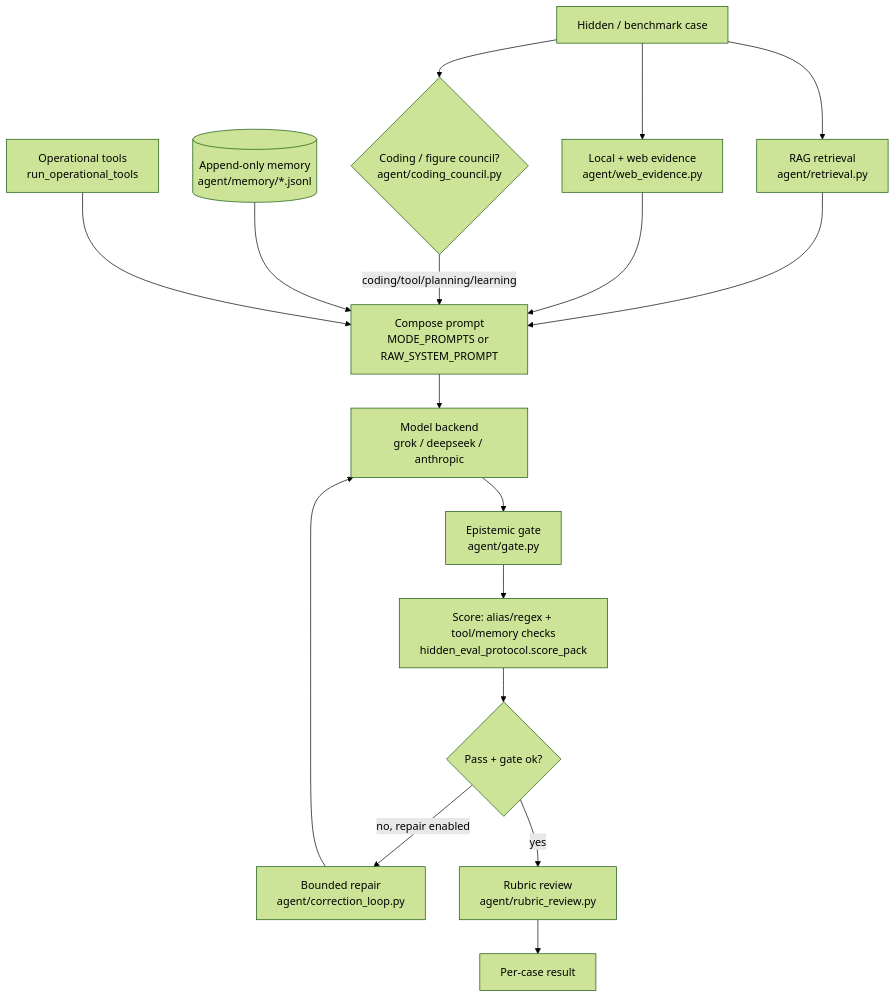
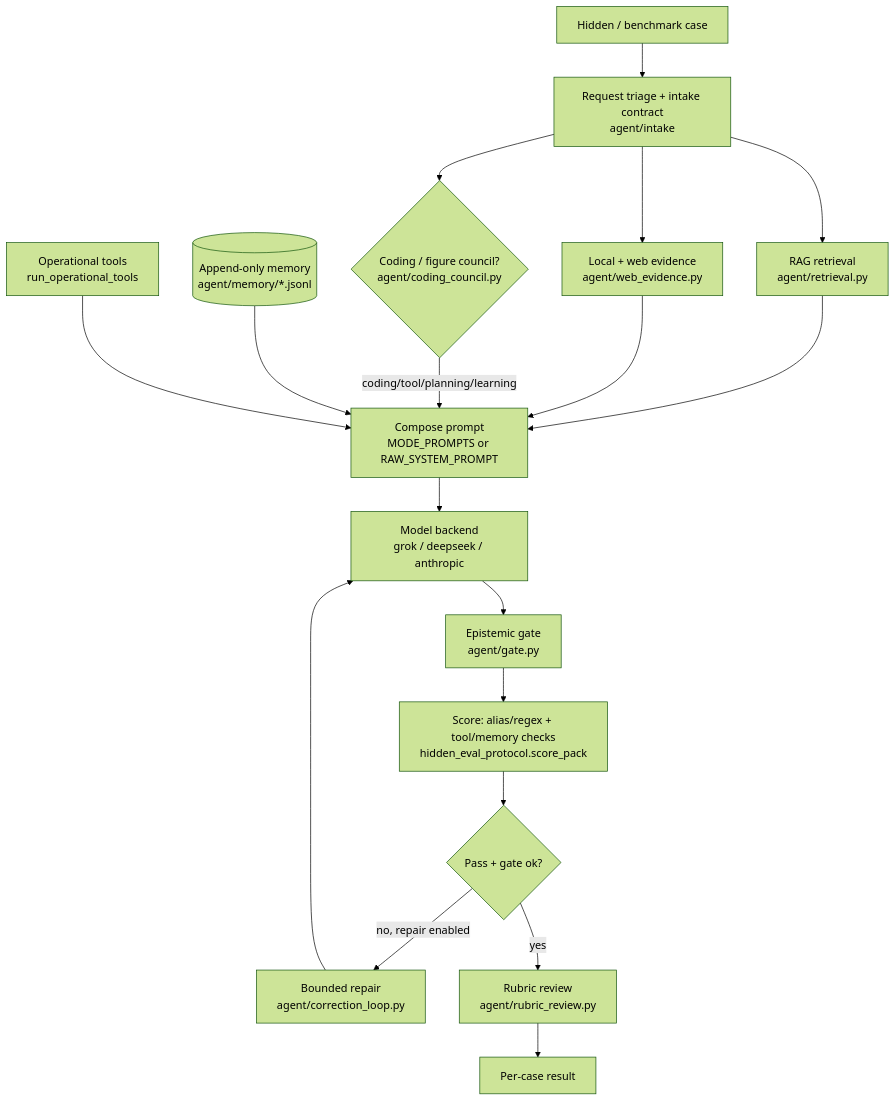
One commit to tomyimkc/sophia-agi changed the first of 2 diagrams in docs/09-Agent/Sophia-Architecture.md. Above: the diagram before and after it, drawn with Mermaid (forest theme). The commit also changed other lines of this file and 13 other files, not shown here.

First line of the commit message:
Add request triage intake contract

````diff
--- a/docs/09-Agent/Sophia-Architecture.md
+++ b/docs/09-Agent/Sophia-Architecture.md
@@ -16,19 +16,20 @@
 ```mermaid
 flowchart TD
-    Q[Hidden / benchmark case] --> R[RAG retrieval<br/>agent/retrieval.py]
-    Q --> E[Local + web evidence<br/>agent/web_evidence.py]
-    Q --> C{Coding / figure council?<br/>agent/coding_council.py}
+    Q[Hidden / benchmark case] --> I[Request triage + intake contract<br/>agent/intake]
+    I --> R[RAG retrieval<br/>agent/retrieval.py]
+    I --> E[Local + web evidence<br/>agent/web_evidence.py]
+    I --> C{Coding / figure council?<br/>agent/coding_council.py}
     R --> P[Compose prompt<br/>MODE_PROMPTS or RAW_SYSTEM_PROMPT]
     E --> P
     C -->|coding/tool/planning/learning| P
     M[(Append-only memory<br/>agent/memory/*.jsonl)] --> P
     T[Operational tools<br/>run_operational_tools] --> P
     P --> LLM[Model backend<br/>grok / deepseek / anthropic]
     LLM --> G[Epistemic gate<br/>agent/gate.py]
     G --> S[Score: alias/regex + tool/memory checks<br/>hidden_eval_protocol.score_pack]
     S --> RP{Pass + gate ok?}
     RP -->|no, repair enabled| FIX[Bounded repair<br/>agent/correction_loop.py]
     FIX --> LLM
     RP -->|yes| RV[Rubric review<br/>agent/rubric_review.py]
     RV --> OUT[Per-case result]
 ```
````
